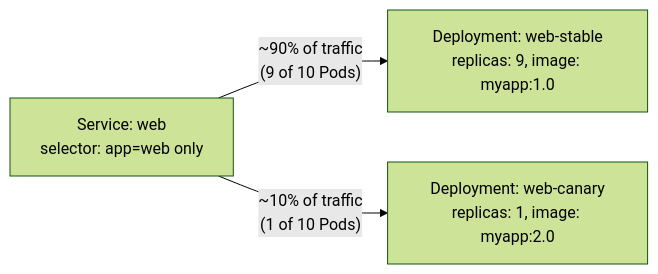
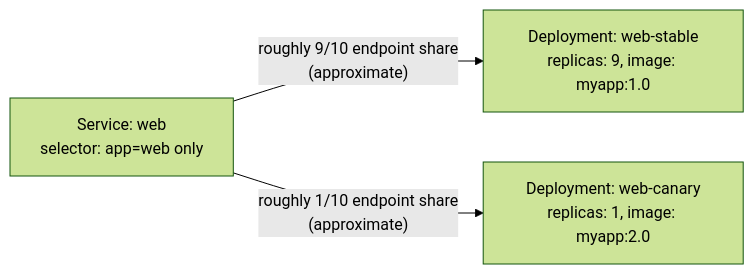
The third of 4 diagrams in 03_chapter_application_deployment.md (karthikreddy432/CKAD), drawn with Mermaid (forest theme) before and after one commit. The commit also changed other lines of this file and 15 other files, not shown here.

````diff
--- a/03_chapter_application_deployment.md
+++ b/03_chapter_application_deployment.md
@@ -296,11 +300,11 @@
 ```mermaid
 flowchart LR
     SVC["Service: web
 selector: app=web only"]
-    SVC -->|"~90% of traffic
-(9 of 10 Pods)"| STABLE["Deployment: web-stable
+    SVC -->|"roughly 9/10 endpoint share
+(approximate)"| STABLE["Deployment: web-stable
 replicas: 9, image: myapp:1.0"]
-    SVC -->|"~10% of traffic
-(1 of 10 Pods)"| CANARY["Deployment: web-canary
+    SVC -->|"roughly 1/10 endpoint share
+(approximate)"| CANARY["Deployment: web-canary
 replicas: 1, image: myapp:2.0"]
 ```
````
